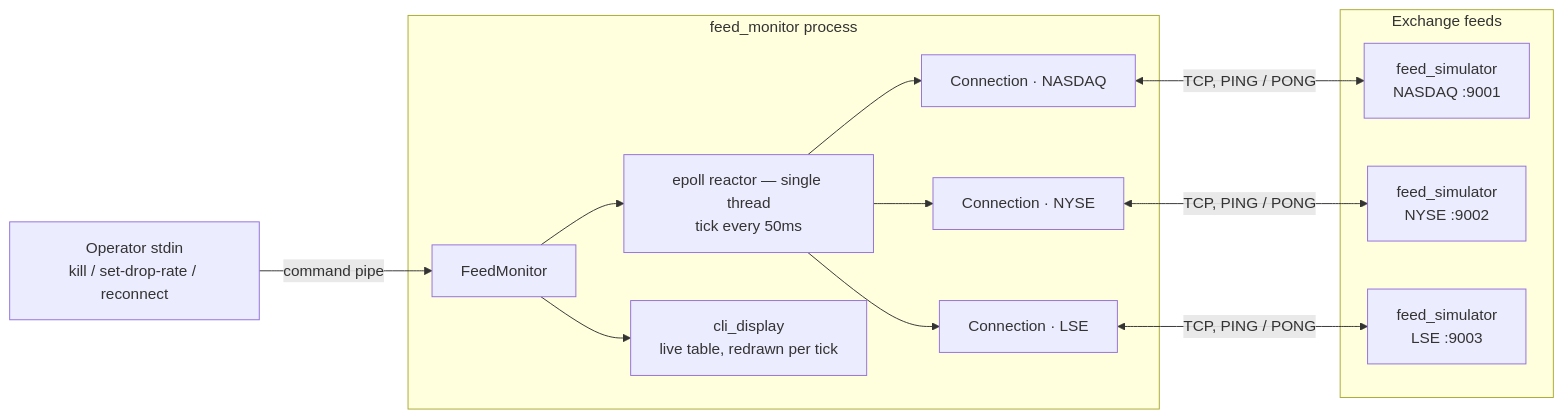
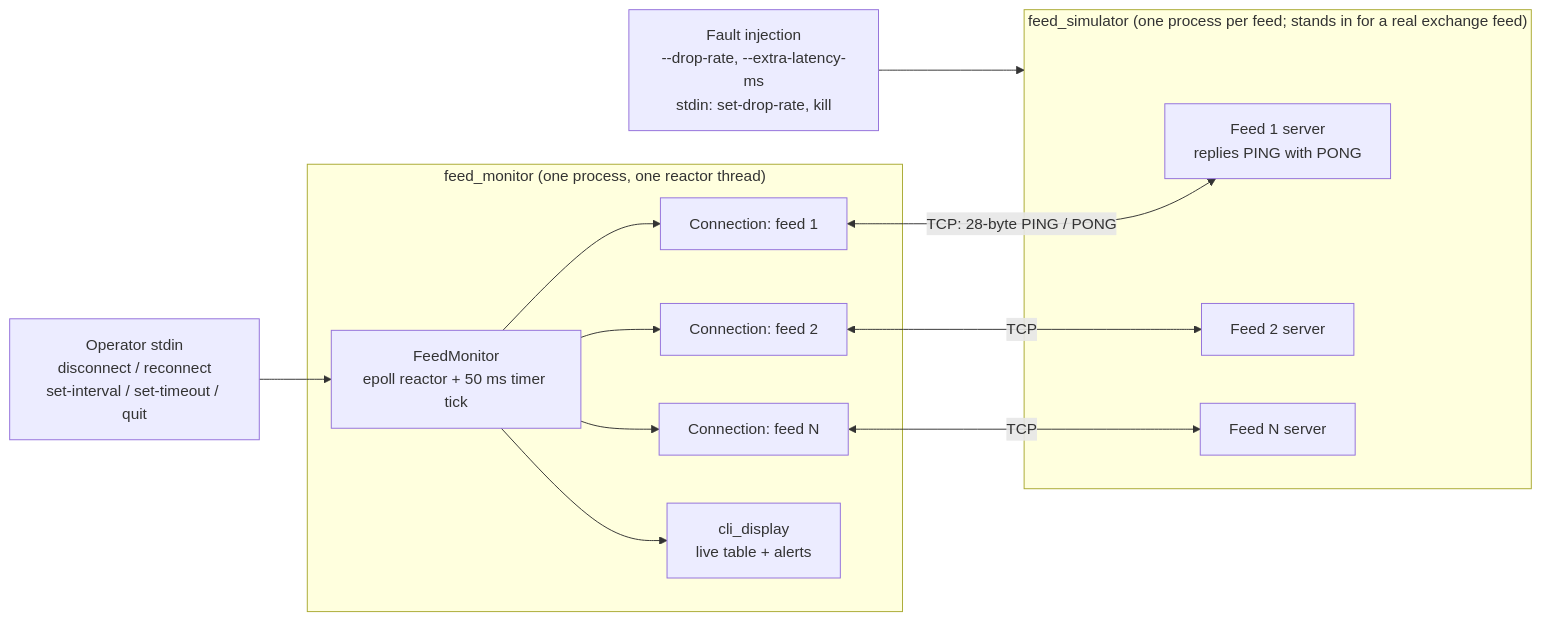
Before and after one commit to Shri2909/Vigil-Low-latency-TCP-heartbeat-monitor: the first of 2 diagrams in README.md, drawn with Mermaid. The commit also changed other lines of this file and 4 other files, not shown here.

Commit message:
Rewrite docs: fewer diagrams, current results, tuning and commands

````diff
--- a/README.md
+++ b/README.md
@@ -37,29 +31,30 @@
 ```mermaid
 flowchart LR
-    CLI["Operator stdin\nkill / set-drop-rate / reconnect"] -->|command pipe| FM
+    OP["Operator stdin<br/>disconnect / reconnect<br/>set-interval / set-timeout / quit"]
 
-    subgraph MON["feed_monitor process"]
-        FM["FeedMonitor"]
-        REACTOR["epoll reactor — single thread\ntick every 50ms"]
-        C1["Connection · NASDAQ"]
-        C2["Connection · NYSE"]
-        C3["Connection · LSE"]
-        DISP["cli_display\nlive table, redrawn per tick"]
-
-        FM --> REACTOR
+    subgraph MON["feed_monitor (one process, one reactor thread)"]
+        REACTOR["FeedMonitor<br/>epoll reactor + 50 ms timer tick"]
+        C1["Connection: feed 1"]
+        C2["Connection: feed 2"]
+        C3["Connection: feed N"]
+        DISP["cli_display<br/>live table + alerts"]
         REACTOR --> C1
         REACTOR --> C2
         REACTOR --> C3
-        FM --> DISP
+        REACTOR --> DISP
     end
 
-    subgraph FEEDS["Exchange feeds"]
-        S1["feed_simulator\nNASDAQ :9001"]
-        S2["feed_simulator\nNYSE :9002"]
-        S3["feed_simulator\nLSE :9003"]
+    subgraph SIM["feed_simulator (one process per feed; stands in for a real exchange feed)"]
+        S1["Feed 1 server<br/>replies PING with PONG"]
+        S2["Feed 2 server"]
+        S3["Feed N server"]
     end
 
-    C1 <-->|TCP, PING / PONG| S1
-    C2 <-->|TCP, PING / PONG| S2
-    C3 <-->|TCP, PING / PONG| S3
+    FAULT["Fault injection<br/>--drop-rate, --extra-latency-ms<br/>stdin: set-drop-rate, kill"]
+
+    OP --> REACTOR
+    C1 <-->|"TCP: 28-byte PING / PONG"| S1
+    C2 <-->|TCP| S2
+    C3 <-->|TCP| S3
+    FAULT --> SIM
 ```
````
